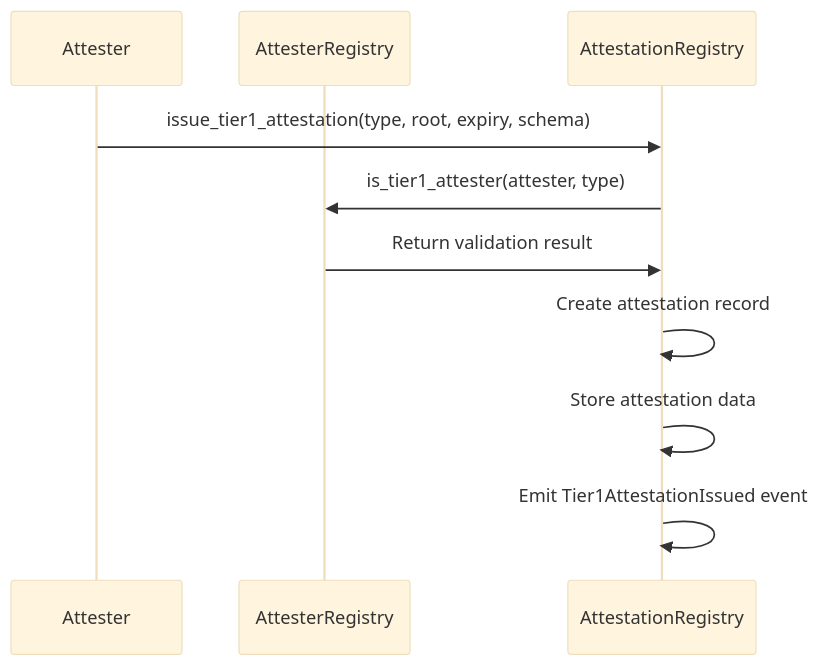
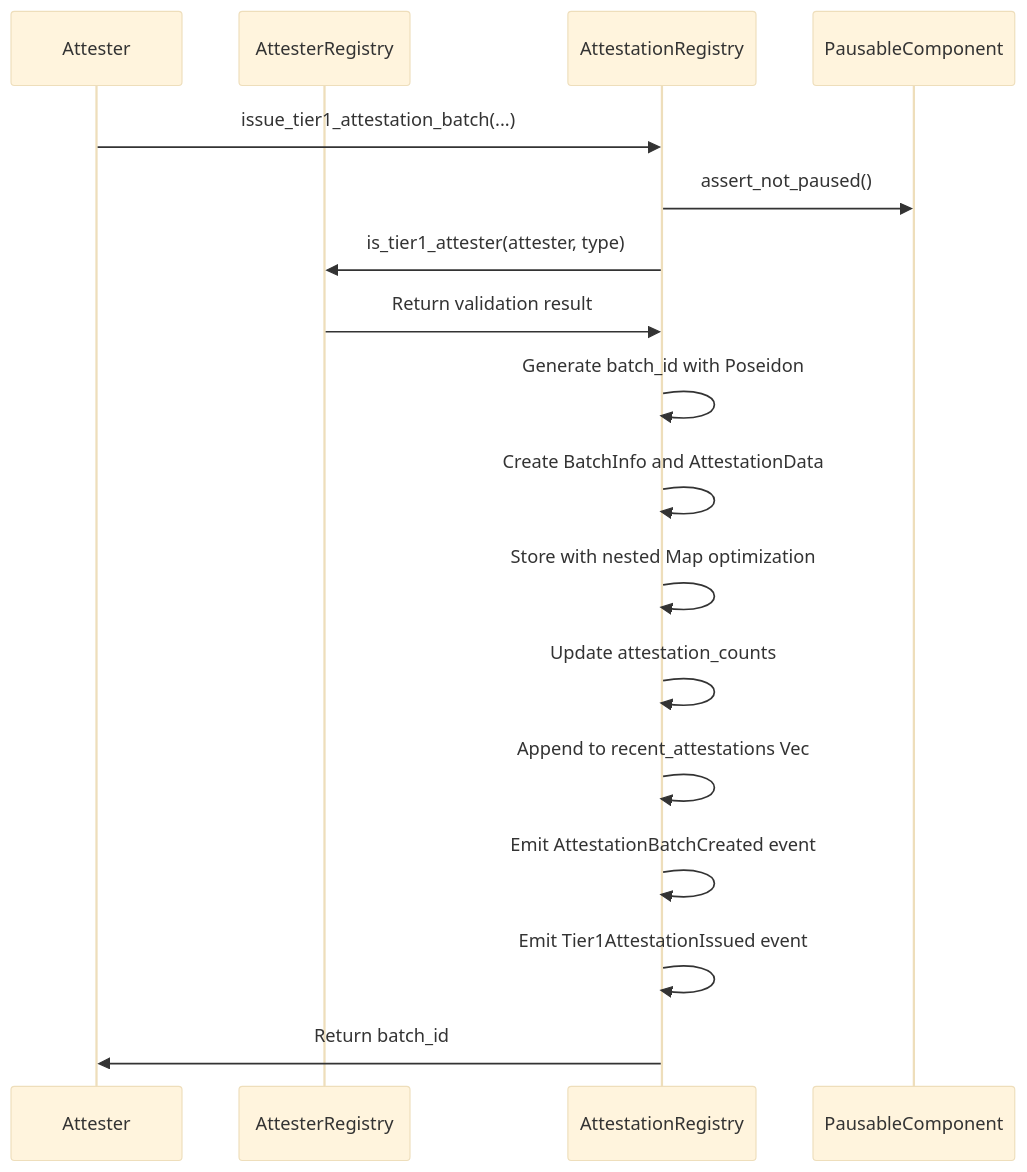
Before and after one commit to Cass402/DiD_repLayer_Starknet: the third of 5 diagrams in docs/technical_deep_dive/smartContractArchitecture.md, drawn with Mermaid (base theme). The commit also changed other lines of this file, not shown here.

Commit message:
Upgrade Smart Contract Architecture Fixes #3

````diff
--- a/docs/technical_deep_dive/smartContractArchitecture.md
+++ b/docs/technical_deep_dive/smartContractArchitecture.md
@@ -1610,13 +1877,20 @@
 ```mermaid
 sequenceDiagram
     participant Attester
     participant AttesterRegistry
     participant AttestationRegistry
+    participant PausableComponent
 
-    Attester->>AttestationRegistry: issue_tier1_attestation(type, root, expiry, schema)
+    Attester->>AttestationRegistry: issue_tier1_attestation_batch(...)
+    AttestationRegistry->>PausableComponent: assert_not_paused()
     AttestationRegistry->>AttesterRegistry: is_tier1_attester(attester, type)
     AttesterRegistry->>AttestationRegistry: Return validation result
-    AttestationRegistry->>AttestationRegistry: Create attestation record
-    AttestationRegistry->>AttestationRegistry: Store attestation data
+    AttestationRegistry->>AttestationRegistry: Generate batch_id with Poseidon
+    AttestationRegistry->>AttestationRegistry: Create BatchInfo and AttestationData
+    AttestationRegistry->>AttestationRegistry: Store with nested Map optimization
+    AttestationRegistry->>AttestationRegistry: Update attestation_counts
+    AttestationRegistry->>AttestationRegistry: Append to recent_attestations Vec
+    AttestationRegistry->>AttestationRegistry: Emit AttestationBatchCreated event
     AttestationRegistry->>AttestationRegistry: Emit Tier1AttestationIssued event
+    AttestationRegistry->>Attester: Return batch_id
 ```
````
